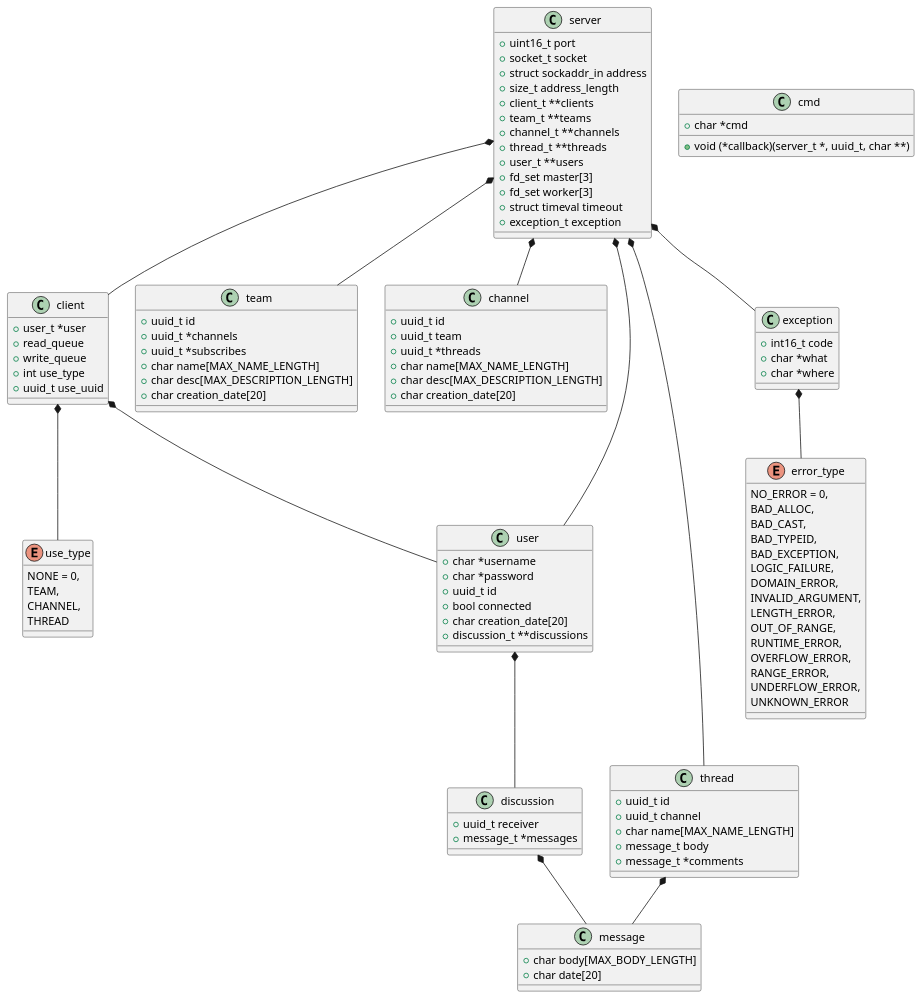
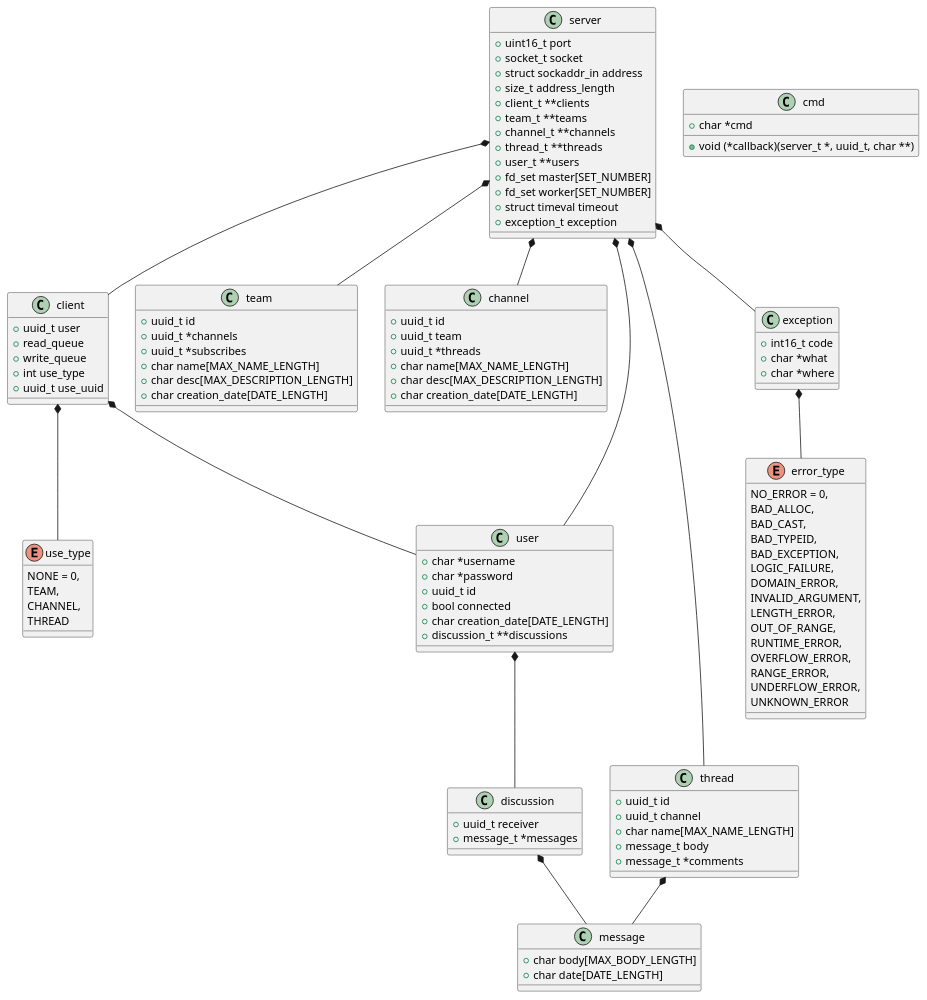
The diagram in uml/server.puml (Madfish5415/NWP_myteams_2019), drawn with PlantUML before and after one commit.

Commit message:
feat: Add macro for date variable

```diff
--- a/uml/server.puml
+++ b/uml/server.puml
@@ -1,120 +1,120 @@
 @startuml
 
 class server {
     + uint16_t port
     + socket_t socket
     + struct sockaddr_in address
     + size_t address_length
     + client_t **clients
     + team_t **teams
     + channel_t **channels
     + thread_t **threads
     + user_t **users
-    + fd_set master[3]
-    + fd_set worker[3]
+    + fd_set master[SET_NUMBER]
+    + fd_set worker[SET_NUMBER]
     + struct timeval timeout
     + exception_t exception
 }
 server  *--  client
 server  *--  team
 server  *--  channel
 server  *--  thread
 server  *--  exception
 server  *--  user
 
 class client {
-    + user_t *user
+    + uuid_t user
     + read_queue
     + write_queue
     + int use_type
     + uuid_t use_uuid
 }
 client  *--  user
 client  *--  use_type
 
 enum use_type {
     NONE = 0,
     TEAM,
     CHANNEL,
     THREAD
 }
 
 class user {
     + char *username
     + char *password
     + uuid_t id
     + bool connected
-    + char creation_date[20]
+    + char creation_date[DATE_LENGTH]
     + discussion_t **discussions
 }
 user *-- discussion
 
 class discussion {
     + uuid_t receiver
     + message_t *messages
 }
 discussion *-- message
 
 class message {
     + char body[MAX_BODY_LENGTH]
-    + char date[20]
+    + char date[DATE_LENGTH]
 }
 
 class team {
     + uuid_t id
     + uuid_t *channels
     + uuid_t *subscribes
     + char name[MAX_NAME_LENGTH]
     + char desc[MAX_DESCRIPTION_LENGTH]
-    + char creation_date[20]
+    + char creation_date[DATE_LENGTH]
 }
 
 class channel {
     + uuid_t id
     + uuid_t team
     + uuid_t *threads
     + char name[MAX_NAME_LENGTH]
     + char desc[MAX_DESCRIPTION_LENGTH]
-    + char creation_date[20]
+    + char creation_date[DATE_LENGTH]
 }
 
 class thread {
     + uuid_t id
     + uuid_t channel
     + char name[MAX_NAME_LENGTH]
     + message_t body
     + message_t *comments
 }
 thread *-- message
 
 class cmd {
     + char *cmd
     + void (*callback)(server_t *, uuid_t, char **)
 }
 
 class exception {
     + int16_t code
     + char *what
     + char *where
 }
 exception *-- error_type
 
 enum error_type {
     NO_ERROR = 0,
     BAD_ALLOC,
     BAD_CAST,
     BAD_TYPEID,
     BAD_EXCEPTION,
     LOGIC_FAILURE,
     DOMAIN_ERROR,
     INVALID_ARGUMENT,
     LENGTH_ERROR,
     OUT_OF_RANGE,
     RUNTIME_ERROR,
     OVERFLOW_ERROR,
     RANGE_ERROR,
     UNDERFLOW_ERROR,
     UNKNOWN_ERROR
 }
 
 @enduml
```
